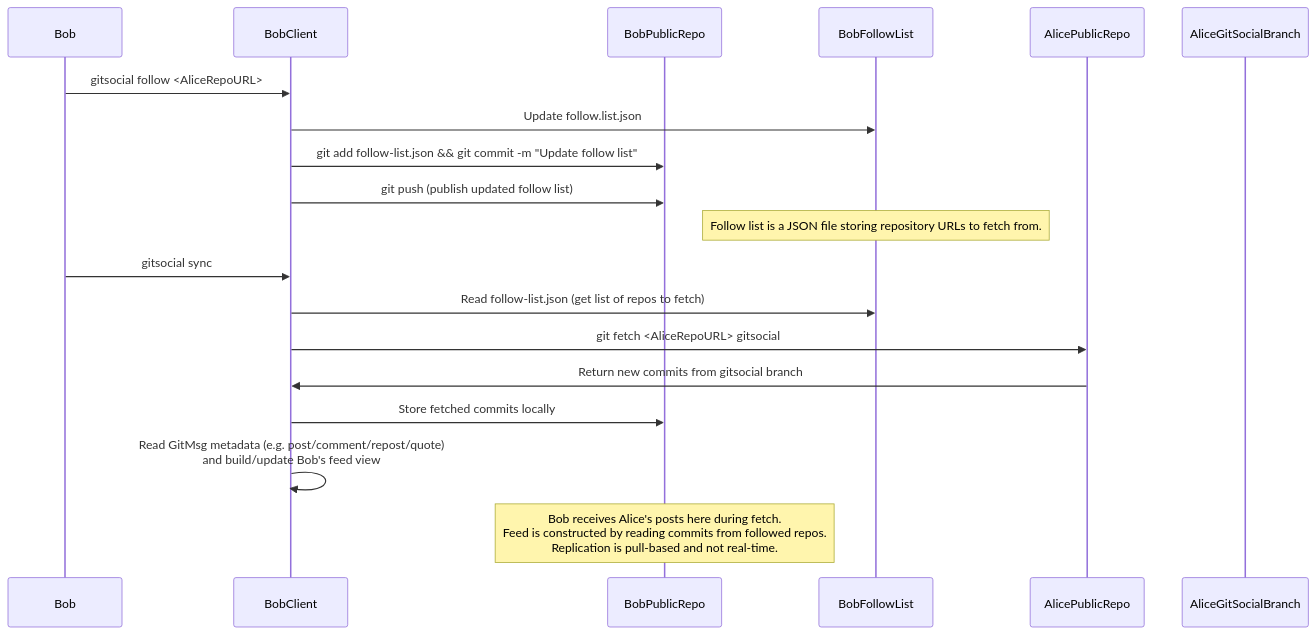
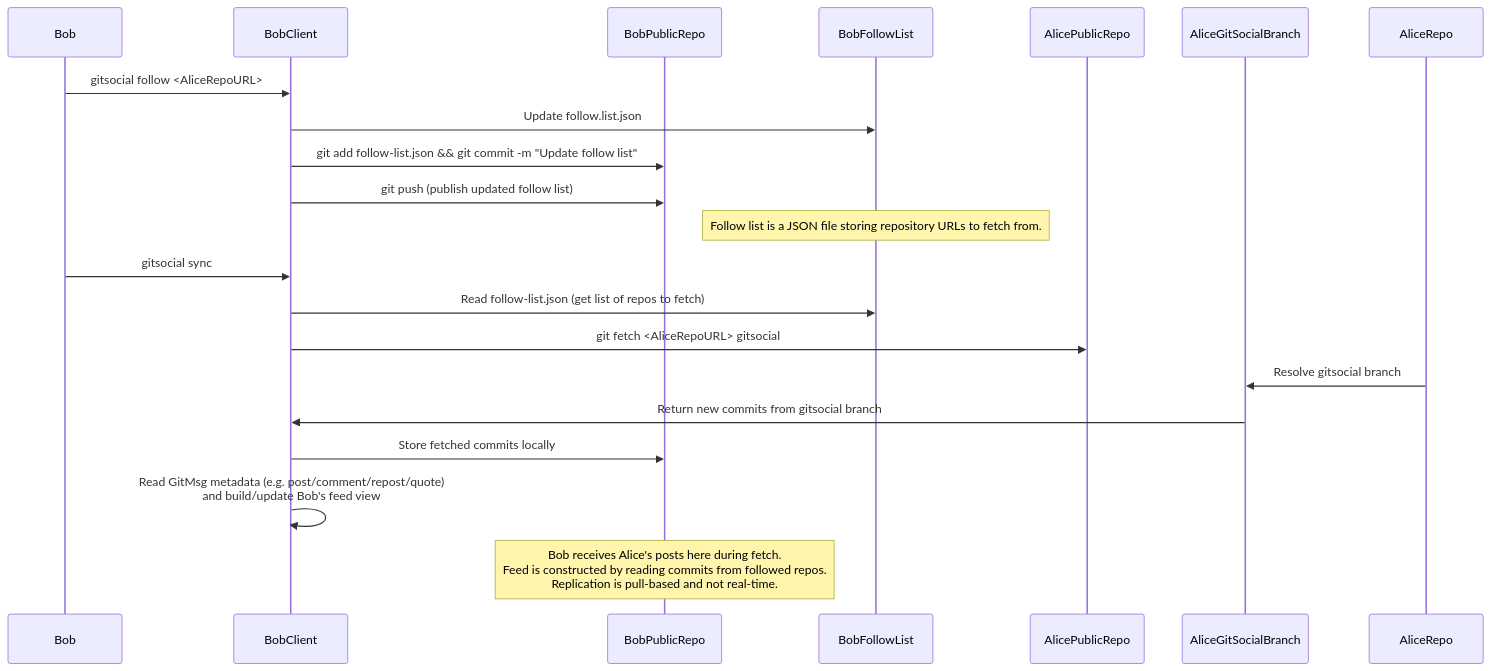
Before and after one commit to gargster/ELEC4712_Decentralised_Blog: the tenth of 10 diagrams in alternatives.md, drawn with Mermaid.

Commit message:
more fixes to following/replication

````diff
--- a/alternatives.md
+++ b/alternatives.md
@@ -194,26 +194,28 @@
 ```mermaid
 sequenceDiagram
     participant Bob
     participant BobClient as BobClient
     participant BobPublicRepo as BobPublicRepo
     participant BobFollowList as BobFollowList
     participant AlicePublicRepo as AlicePublicRepo
     participant AliceGitSocialBranch as AliceGitSocialBranch
 
     Bob->>BobClient: gitsocial follow <AliceRepoURL>
     BobClient->>BobFollowList: Update follow.list.json 
     BobClient->>BobPublicRepo: git add follow-list.json && git commit -m "Update follow list"
     BobClient->>BobPublicRepo: git push (publish updated follow list)
 
     Note over BobFollowList: Follow list is a JSON file storing repository URLs to fetch from.
 
     Bob->>BobClient: gitsocial sync
     BobClient->>BobFollowList: Read follow-list.json (get list of repos to fetch)
+
     BobClient->>AlicePublicRepo: git fetch <AliceRepoURL> gitsocial
-    AlicePublicRepo->>BobClient: Return new commits from gitsocial branch
+    AliceRepo->>AliceGitSocialBranch: Resolve gitsocial branch
+    AliceGitSocialBranch->>BobClient: Return new commits from gitsocial branch
 
     BobClient->>BobPublicRepo: Store fetched commits locally
     BobClient->>BobClient: Read GitMsg metadata (e.g. post/comment/repost/quote)<br>and build/update Bob's feed view
 
     Note over BobPublicRepo: Bob receives Alice's posts here during fetch.<br>Feed is constructed by reading commits from followed repos.<br>Replication is pull-based and not real-time.
 ```
````
